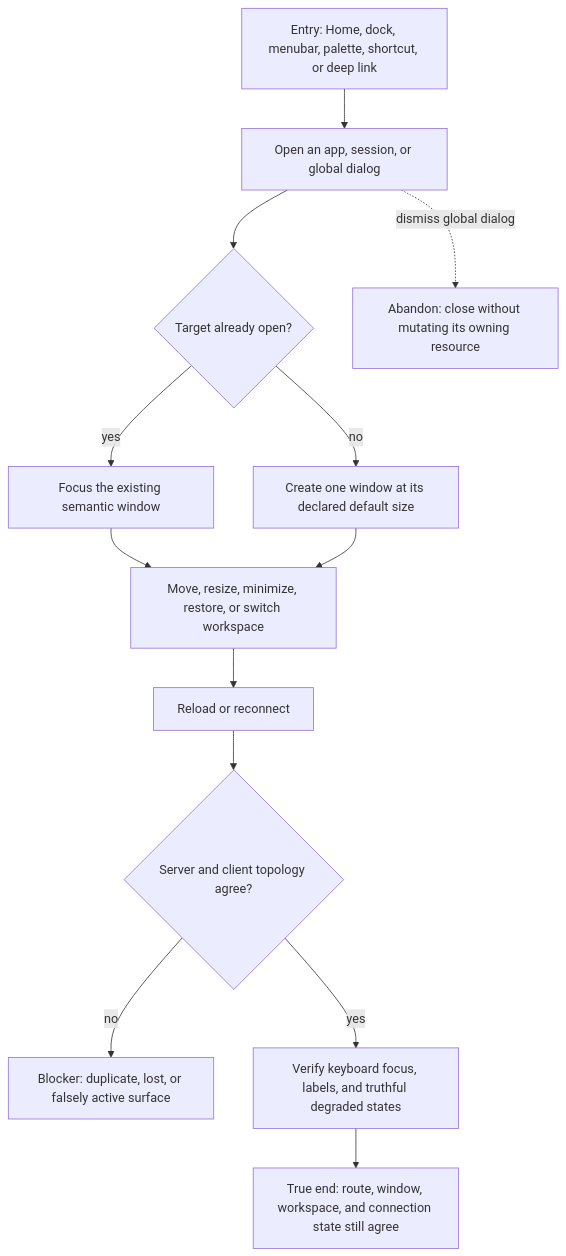
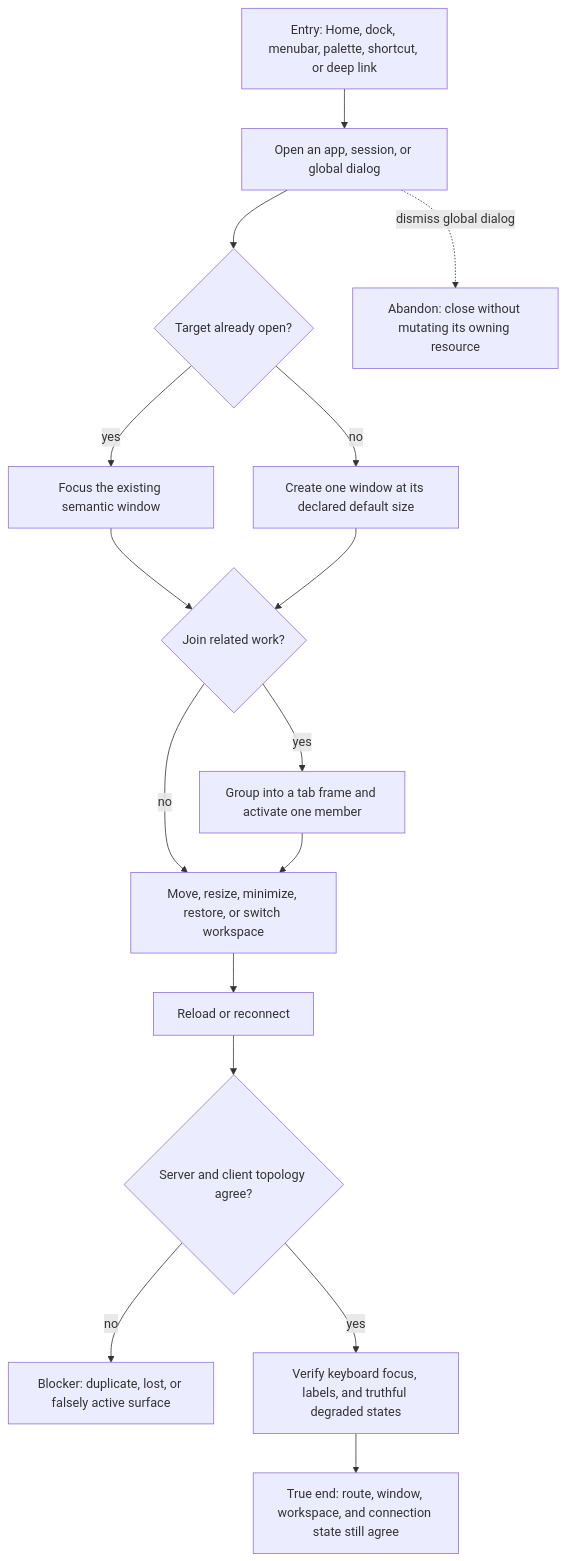
One commit to compozy/compozy changed the diagram in docs/qa/journeys/J-operate-desktop-shell.md. Above: the diagram before and after it, drawn with Mermaid. The commit also changed other lines of this file and 456 other files, not shown here.

````diff
--- a/docs/qa/journeys/J-operate-desktop-shell.md
+++ b/docs/qa/journeys/J-operate-desktop-shell.md
@@ -7,15 +7,18 @@
 ```mermaid
 flowchart TD
     E[Entry: Home, dock, menubar, palette, shortcut, or deep link] --> O[Open an app, session, or global dialog]
     O --> T{Target already open?}
     T -->|yes| F[Focus the existing semantic window]
     T -->|no| N[Create one window at its declared default size]
-    F --> M[Move, resize, minimize, restore, or switch workspace]
-    N --> M
+    F --> G{Join related work?}
+    N --> G
+    G -->|yes| D[Group into a tab frame and activate one member]
+    G -->|no| M[Move, resize, minimize, restore, or switch workspace]
+    D --> M
     M --> R[Reload or reconnect]
     R --> C{Server and client topology agree?}
     C -->|no| B[Blocker: duplicate, lost, or falsely active surface]
     C -->|yes| V[Verify keyboard focus, labels, and truthful degraded states]
     V --> Z[True end: route, window, workspace, and connection state still agree]
     O -.->|dismiss global dialog| A[Abandon: close without mutating its owning resource]
 ```
````
